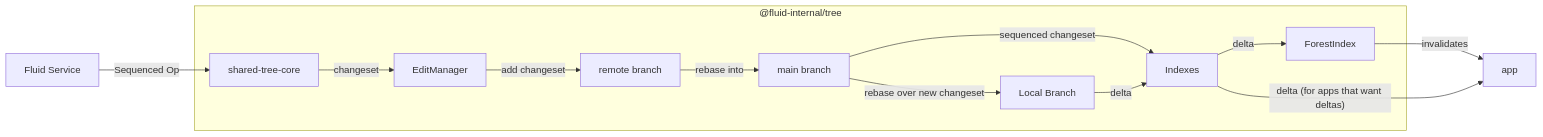
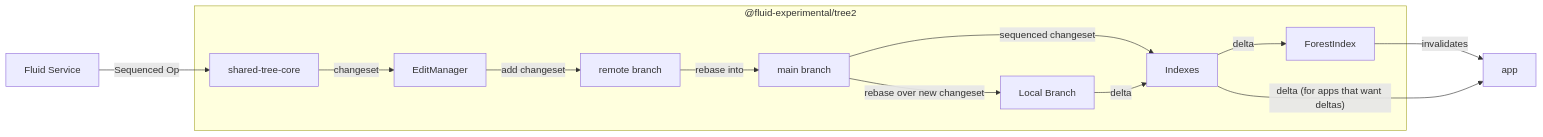
The fifth of 6 diagrams in packages/dds/tree/README.md (microsoft/FluidFramework), drawn with Mermaid before and after one commit. The commit also changed other lines of this file and 21 other files, not shown here.

Commit message:
Rename @fluid-internal/tree to @fluid-experimental/tree2

````diff
--- a/packages/dds/tree/README.md
+++ b/packages/dds/tree/README.md
@@ -235,15 +235,15 @@
 ```mermaid
 graph LR;
     service["Fluid Service"]--"Sequenced Op"-->core["shared-tree-core"]
-    subgraph "@fluid-internal/tree"
+    subgraph "@fluid-experimental/tree2"
         core--"changeset"-->EditManager
         EditManager--"add changeset"-->remote["remote branch"]
         remote--"rebase into"-->main[main branch]
         main--"rebase over new changeset"-->local["Local Branch"]
         main--"sequenced changeset"-->Indexes
         local--"delta"-->Indexes
         Indexes--"delta"-->ForestIndex
     end
     ForestIndex--"invalidates"-->app
     Indexes--"delta (for apps that want deltas)"-->app
 ```
````
